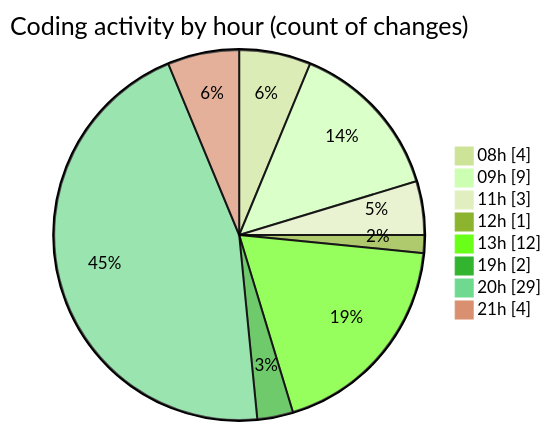
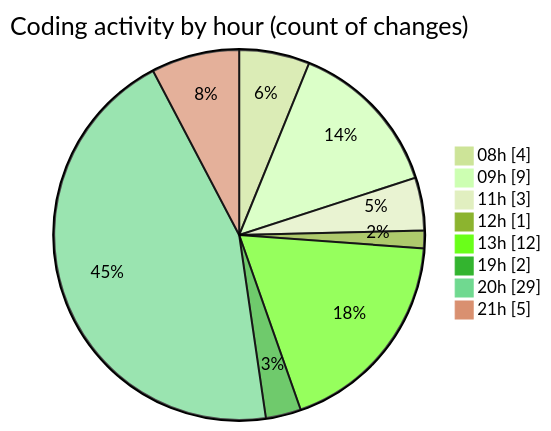
Before and after one commit to momahboobian/code-tracking: the second of 2 diagrams in 2025-05-07/samplepdf/README.md, drawn with Mermaid (forest theme). The commit also changed other lines of this file and 1 other file, not shown here.

````diff
--- a/2025-05-07/samplepdf/README.md
+++ b/2025-05-07/samplepdf/README.md
@@ -38,12 +38,12 @@
 ```mermaid
 pie showData
 title Coding activity by hour (count of changes)
 "08h" : 4
 "09h" : 9
 "11h" : 3
 "12h" : 1
 "13h" : 12
 "19h" : 2
 "20h" : 29
-"21h" : 4
+"21h" : 5
 ```
````
